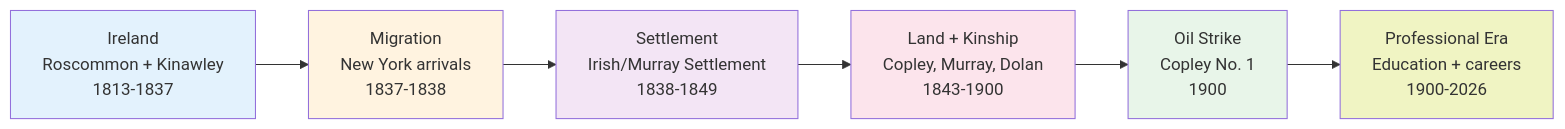
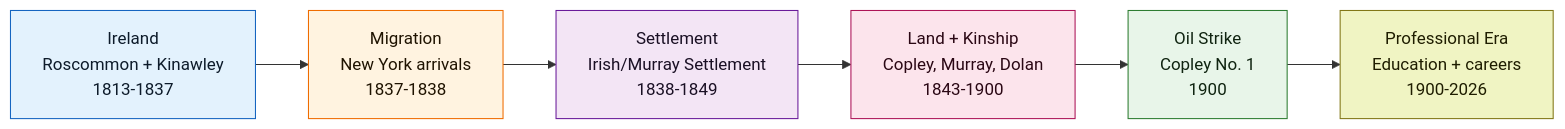
Before and after one commit to zcopley/copley-family-research: the diagram in Home.md, drawn with Mermaid. The commit also changed other lines of this file and 29 other files, not shown here.

````diff
--- a/Home.md
+++ b/Home.md
@@ -25,15 +25,15 @@
 ```mermaid
 graph LR
     A["Ireland<br/>Roscommon + Kinawley<br/>1813-1837"] --> B["Migration<br/>New York arrivals<br/>1837-1838"]
     B --> C["Settlement<br/>Irish/Murray Settlement<br/>1838-1849"]
     C --> D["Land + Kinship<br/>Copley, Murray, Dolan<br/>1843-1900"]
     D --> E["Oil Strike<br/>Copley No. 1<br/>1900"]
     E --> F["Professional Era<br/>Education + careers<br/>1900-2026"]
     
-    style A fill:#e3f2fd
-    style B fill:#fff3e0
-    style C fill:#f3e5f5
-    style D fill:#fce4ec
-    style E fill:#e8f5e9
-    style F fill:#f0f4c3
+    style A fill:#e3f2fd,stroke:#1565c0,color:#0d1b2a
+    style B fill:#fff3e0,stroke:#ef6c00,color:#1f1300
+    style C fill:#f3e5f5,stroke:#6a1b9a,color:#1a1024
+    style D fill:#fce4ec,stroke:#ad1457,color:#2a0714
+    style E fill:#e8f5e9,stroke:#2e7d32,color:#102411
+    style F fill:#f0f4c3,stroke:#827717,color:#1f1d00
 ```
````
